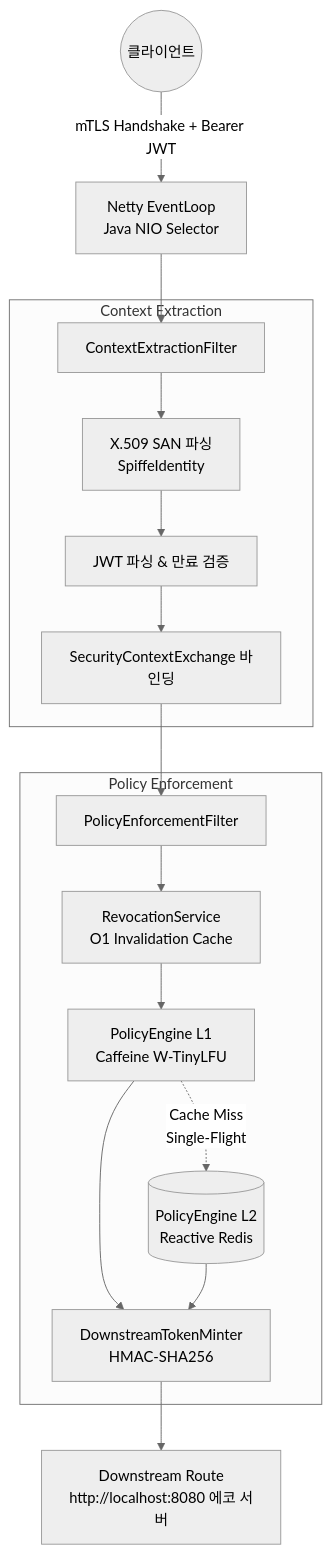
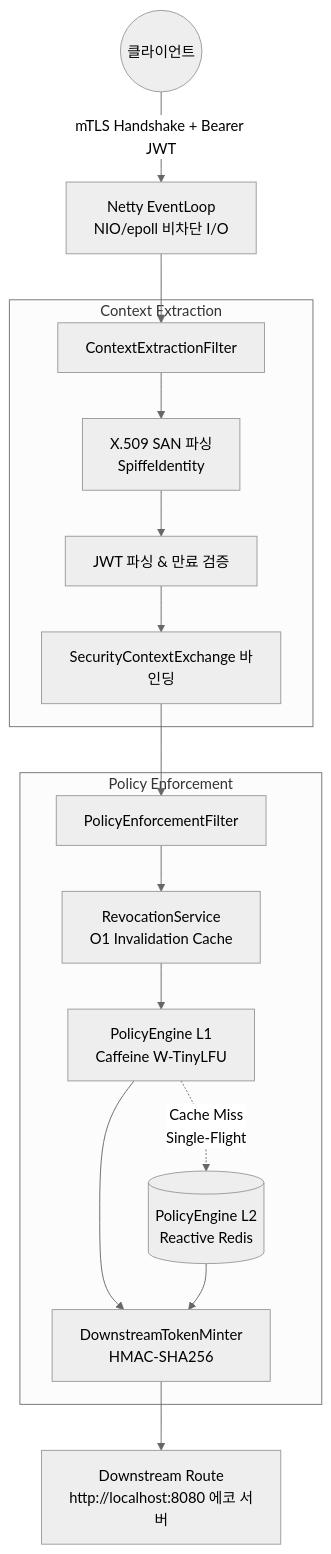
One commit to altdmfk/aegis-mesh changed the first of 3 diagrams in docs/paper.md. Above: the diagram before and after it, drawn with Mermaid (neutral theme). The commit also changed other lines of this file, not shown here.

````diff
--- a/docs/paper.md
+++ b/docs/paper.md
@@ -105,23 +118,23 @@
 ```mermaid
 flowchart TD
-    Client((클라이언트)) -->|mTLS Handshake + Bearer JWT| Netty[Netty EventLoop<br>Java NIO Selector]
+    Client((클라이언트)) -->|mTLS Handshake + Bearer JWT| Netty[Netty EventLoop<br>NIO/epoll 비차단 I/O]
     Netty --> CEFilter[ContextExtractionFilter]
-    
+
     subgraph Context Extraction
         CEFilter --> SP[X.509 SAN 파싱<br>SpiffeIdentity]
         SP --> JWT[JWT 파싱 & 만료 검증]
         JWT --> Bind[SecurityContextExchange 바인딩]
     end
-    
+
     Bind --> PEFilter[PolicyEnforcementFilter]
-    
+
     subgraph Policy Enforcement
         PEFilter --> Revoke[RevocationService<br>O1 Invalidation Cache]
         Revoke --> L1[PolicyEngine L1<br>Caffeine W-TinyLFU]
         L1 -.->|Cache Miss<br>Single-Flight| L2[(PolicyEngine L2<br>Reactive Redis)]
         L1 --> Token[DownstreamTokenMinter<br>HMAC-SHA256]
         L2 --> Token
     end
-    
+
     Token --> Downstream[Downstream Route<br>http://localhost:8080 에코 서버]
 ```
````
